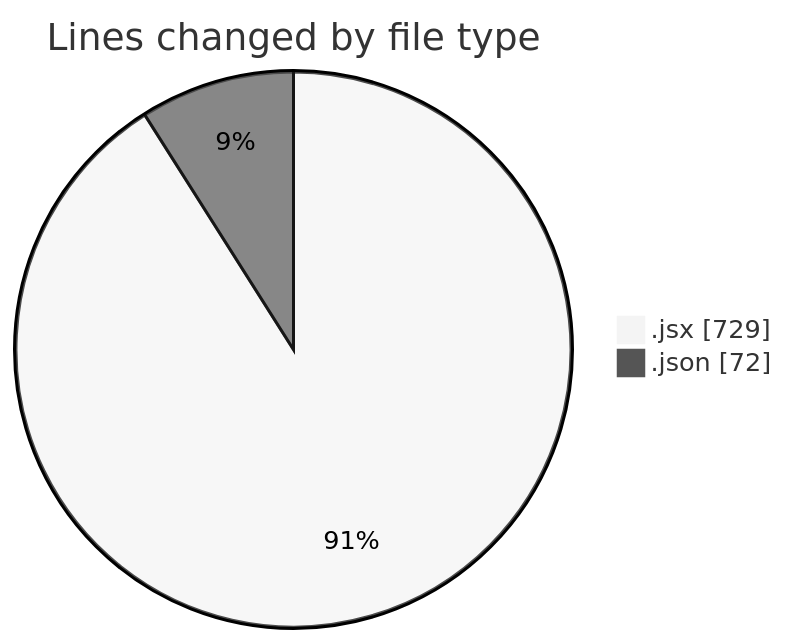
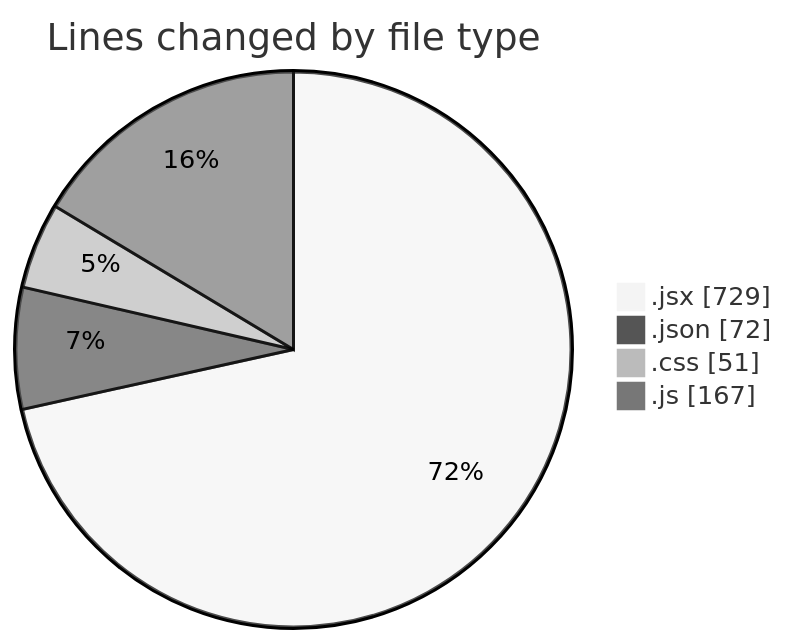
Before and after one commit to momahboobian/code-tracking: the first of 2 diagrams in 2026-03-19/commonwealth-front-end-task/README.md, drawn with Mermaid (neutral theme). The commit also changed other lines of this file and 1 other file, not shown here.

````diff
--- a/2026-03-19/commonwealth-front-end-task/README.md
+++ b/2026-03-19/commonwealth-front-end-task/README.md
@@ -23,6 +25,8 @@
 ```mermaid
 pie showData
 title Lines changed by file type
 ".jsx" : 729
 ".json" : 72
+".css" : 51
+".js" : 167
 ```
````
